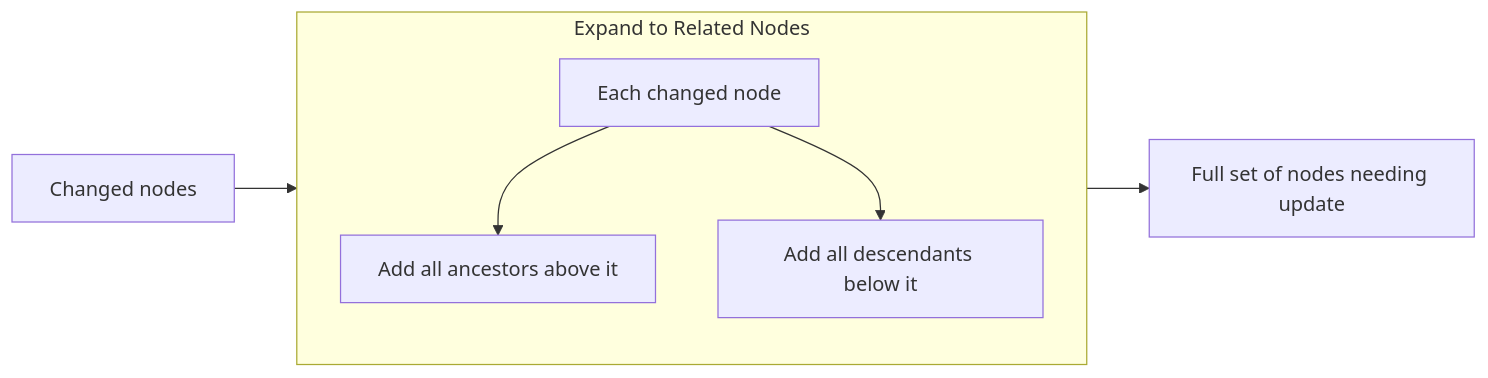
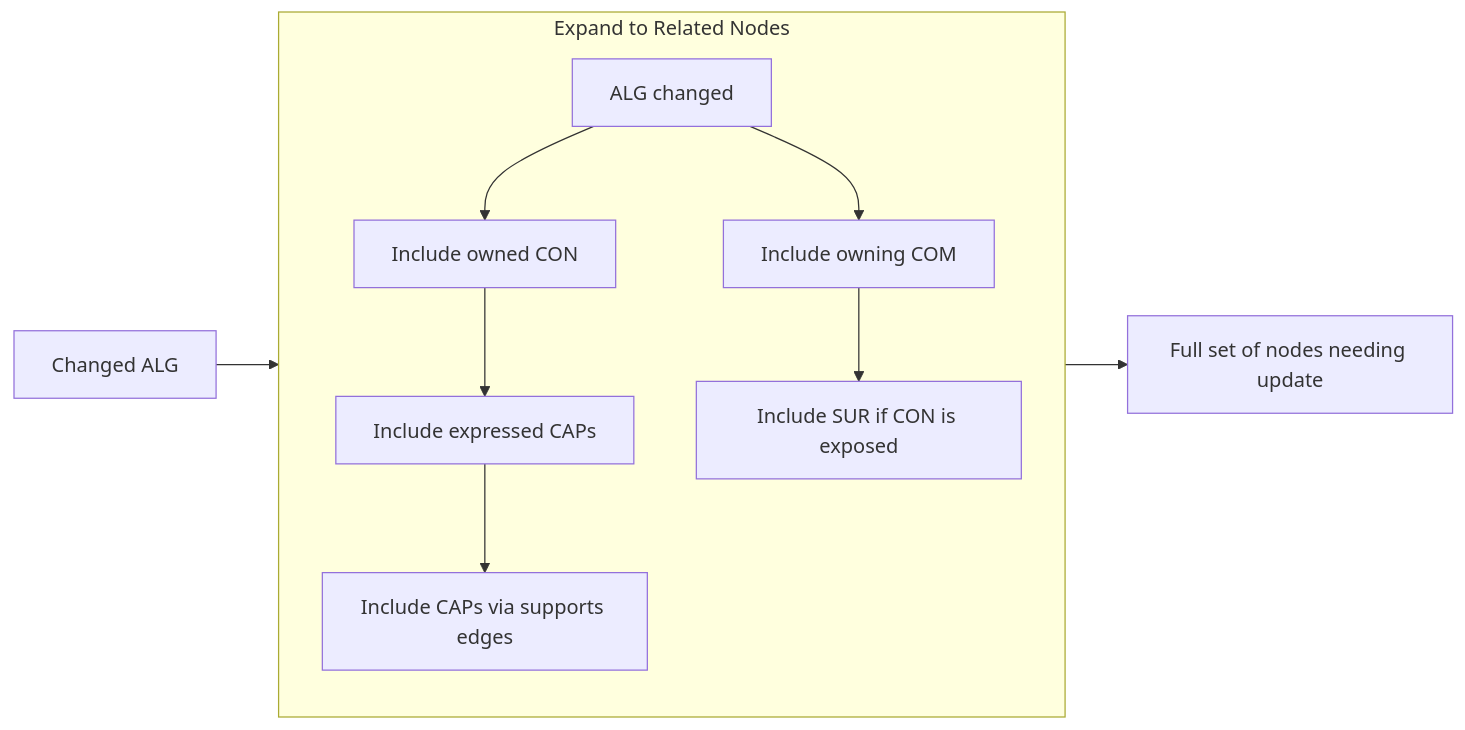
One commit to nestharus/ai-workflow changed diagram 25 of 30 in .tasks/plans/algorithm graph creator/feedback.md. Above: the diagram before and after it, drawn with Mermaid. The commit also changed other lines of this file, not shown here.

First line of the commit message:
Update algorithm graph creator with revised ownership model

````diff
--- a/.tasks/plans/algorithm graph creator/feedback.md
+++ b/.tasks/plans/algorithm graph creator/feedback.md
@@ -617,12 +776,15 @@
 ```mermaid
 flowchart LR
-    IN[Changed nodes] --> EXPAND
+    IN[Changed ALG] --> EXPAND
 
     subgraph EXPAND[Expand to Related Nodes]
         direction TB
-        A[Each changed node] --> B[Add all ancestors above it]
-        A --> C[Add all descendants below it]
+        A[ALG changed] --> B[Include owning COM]
+        A --> C[Include owned CON]
+        C --> D[Include expressed CAPs]
+        D --> E[Include CAPs via supports edges]
+        B --> F[Include SUR if CON is exposed]
     end
 
     EXPAND --> OUT[Full set of nodes needing update]
 ```
````
